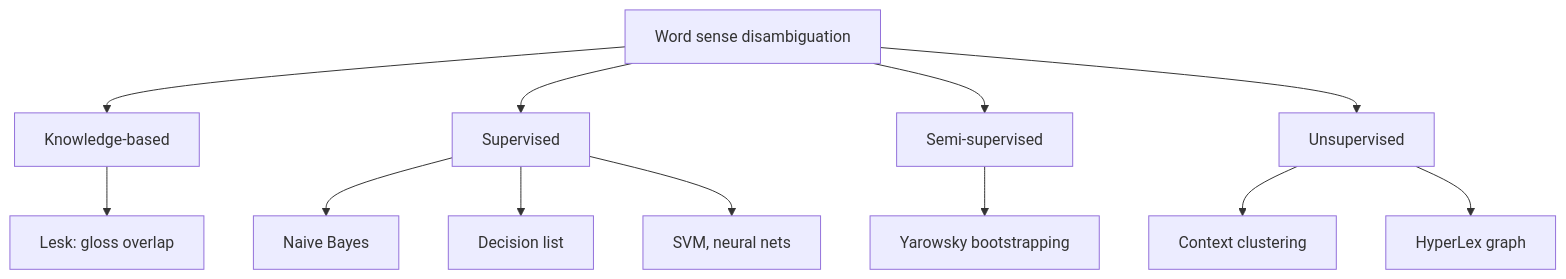
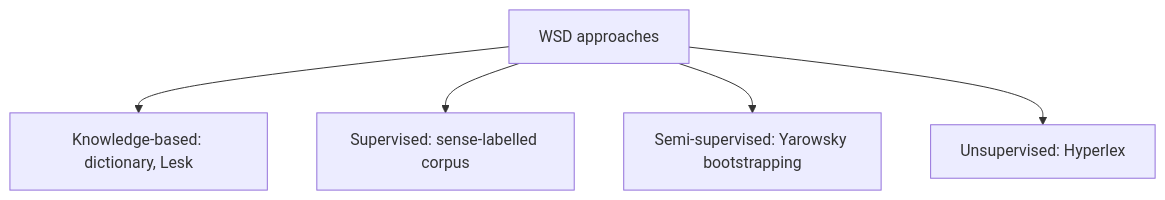
One commit to TrendySloth1001/sem-seven-notes changed the second of 6 diagrams in content/natural-language-processing/notes/word-sense-disambiguation.hi.mdx. Above: the diagram before and after it, drawn with Mermaid. The commit also changed other lines of this file and 406 other files, not shown here.

````diff
--- a/content/natural-language-processing/notes/word-sense-disambiguation.hi.mdx
+++ b/content/natural-language-processing/notes/word-sense-disambiguation.hi.mdx
@@ -90,15 +47,8 @@
 ```mermaid
-%% caption: WSD methods ki chaar families, is hisaab se ki wo kaun sa knowledge use karti hain. Knowledge-based dictionary use karte hain, supervised sense-tagged text, semi-supervised kuch tagged examples se shuru karte hain, aur unsupervised sirf raw text use karte hain.
+%% caption: WSD ke approaches. Class files knowledge-based aur semi-supervised wale cover karti hain.
 flowchart TD
-  W["Word sense disambiguation"] --> K["Knowledge-based"]
-  W --> S["Supervised"]
-  W --> SS["Semi-supervised"]
-  W --> U["Unsupervised"]
-  K --> K1["Lesk: gloss overlap"]
-  S --> S1["Naive Bayes"]
-  S --> S2["Decision list"]
-  S --> S3["SVM, neural nets"]
-  SS --> SS1["Yarowsky bootstrapping"]
-  U --> U1["Context clustering"]
-  U --> U2["HyperLex graph"]
+  A["WSD approaches"] --> B["Knowledge-based: dictionary, Lesk"]
+  A --> C["Supervised: sense-labelled corpus"]
+  A --> D["Semi-supervised: Yarowsky bootstrapping"]
+  A --> E["Unsupervised: Hyperlex"]
 ```
````
